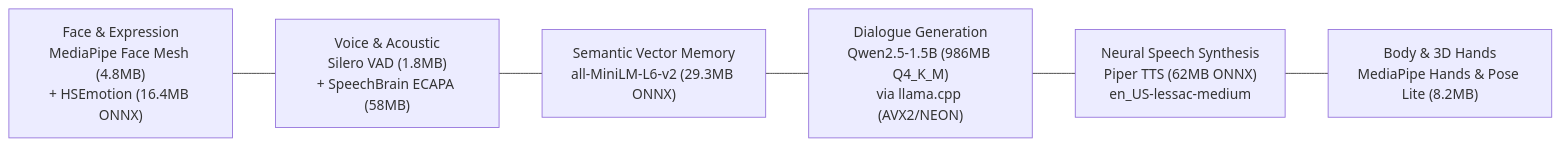
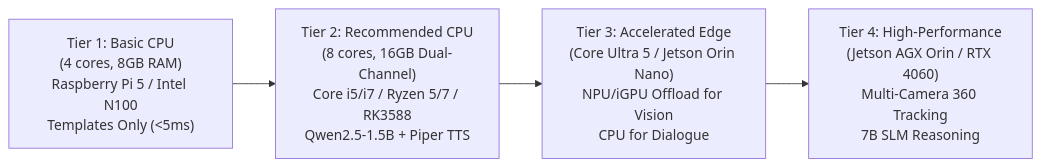
The second of 2 diagrams in docs/research/phase-1/PHASE_1_FINAL_QUALIFICATION_REPORT.md (Ovic-Labs/EON), drawn with Mermaid before and after one commit. The commit also changed other lines of this file and 5 other files, not shown here.

````diff
--- a/docs/research/phase-1/PHASE_1_FINAL_QUALIFICATION_REPORT.md
+++ b/docs/research/phase-1/PHASE_1_FINAL_QUALIFICATION_REPORT.md
@@ -79,11 +220,9 @@
 ```mermaid
 flowchart LR
-    Face["Face & Expression\nMediaPipe Face Mesh (4.8MB)\n+ HSEmotion (16.4MB ONNX)"]
-    Audio["Voice & Acoustic\nSilero VAD (1.8MB)\n+ SpeechBrain ECAPA (58MB)"]
-    Memory["Semantic Vector Memory\nall-MiniLM-L6-v2 (29.3MB ONNX)"]
-    Language["Dialogue Generation\nQwen2.5-1.5B (986MB Q4_K_M)\nvia llama.cpp (AVX2/NEON)"]
-    Speech["Neural Speech Synthesis\nPiper TTS (62MB ONNX)\nen_US-lessac-medium"]
-    Pose["Body & 3D Hands\nMediaPipe Hands & Pose Lite (8.2MB)"]
+    T1["Tier 1: Basic CPU\n(4 cores, 8GB RAM)\nRaspberry Pi 5 / Intel N100\nTemplates Only (<5ms)"]
+    T2["Tier 2: Recommended CPU\n(8 cores, 16GB Dual-Channel)\nCore i5/i7 / Ryzen 5/7 / RK3588\nQwen2.5-1.5B + Piper TTS"]
+    T3["Tier 3: Accelerated Edge\n(Core Ultra 5 / Jetson Orin Nano)\nNPU/iGPU Offload for Vision\nCPU for Dialogue"]
+    T4["Tier 4: High-Performance\n(Jetson AGX Orin / RTX 4060)\nMulti-Camera 360 Tracking\n7B SLM Reasoning"]
 
-    Face --- Audio --- Memory --- Language --- Speech --- Pose
+    T1 --> T2 --> T3 --> T4
 ```
````
